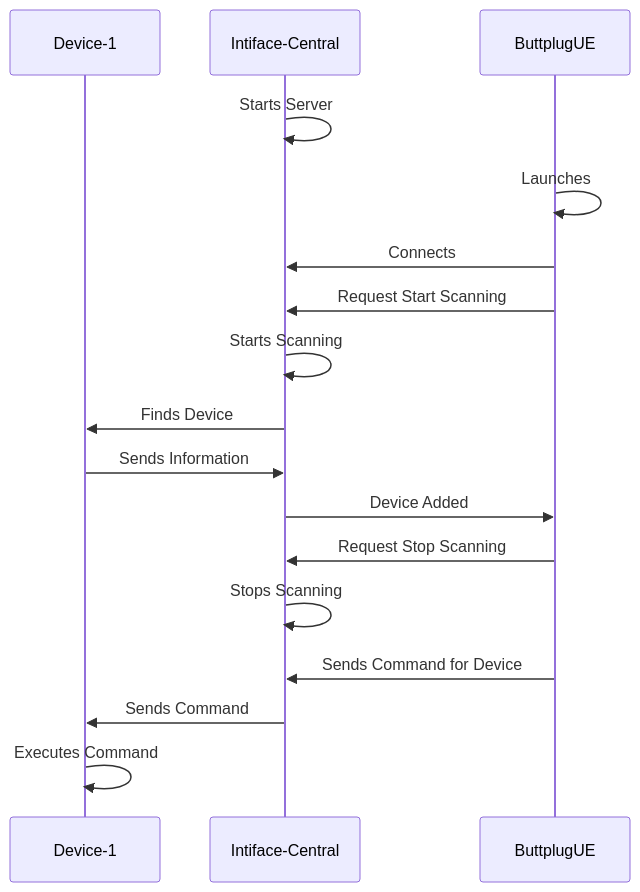
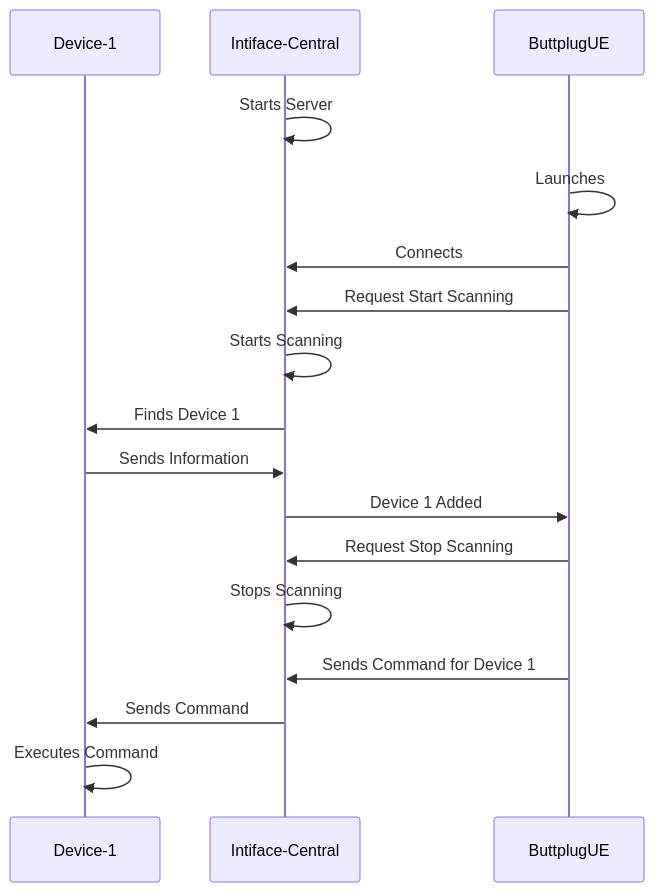
Before and after one commit to DeviantdVeloper/ButtplugUE: the second of 2 diagrams in README.MD, drawn with Mermaid. The commit also changed other lines of this file and 5 other files, not shown here.

````diff
--- a/README.MD
+++ b/README.MD
@@ -37,22 +39,22 @@
 ```mermaid
 sequenceDiagram
 
     participant Device-1
     participant Intiface-Central
     participant ButtplugUE
 
     Intiface-Central->>Intiface-Central:Starts Server
     ButtplugUE->>ButtplugUE:Launches
     ButtplugUE->>Intiface-Central:Connects
     ButtplugUE->>Intiface-Central:Request Start Scanning
     Intiface-Central->>Intiface-Central:Starts Scanning
-    Intiface-Central->>Device-1:Finds Device
+    Intiface-Central->>Device-1:Finds Device 1
     Device-1->>Intiface-Central:Sends Information
-    Intiface-Central->>ButtplugUE:Device Added
+    Intiface-Central->>ButtplugUE:Device 1 Added
     ButtplugUE->>Intiface-Central:Request Stop Scanning
     Intiface-Central->>Intiface-Central:Stops Scanning
-    ButtplugUE->>Intiface-Central:Sends Command for Device
+    ButtplugUE->>Intiface-Central:Sends Command for Device 1
     Intiface-Central->>Device-1: Sends Command
     Device-1->>Device-1:Executes Command
     
 ```
````
